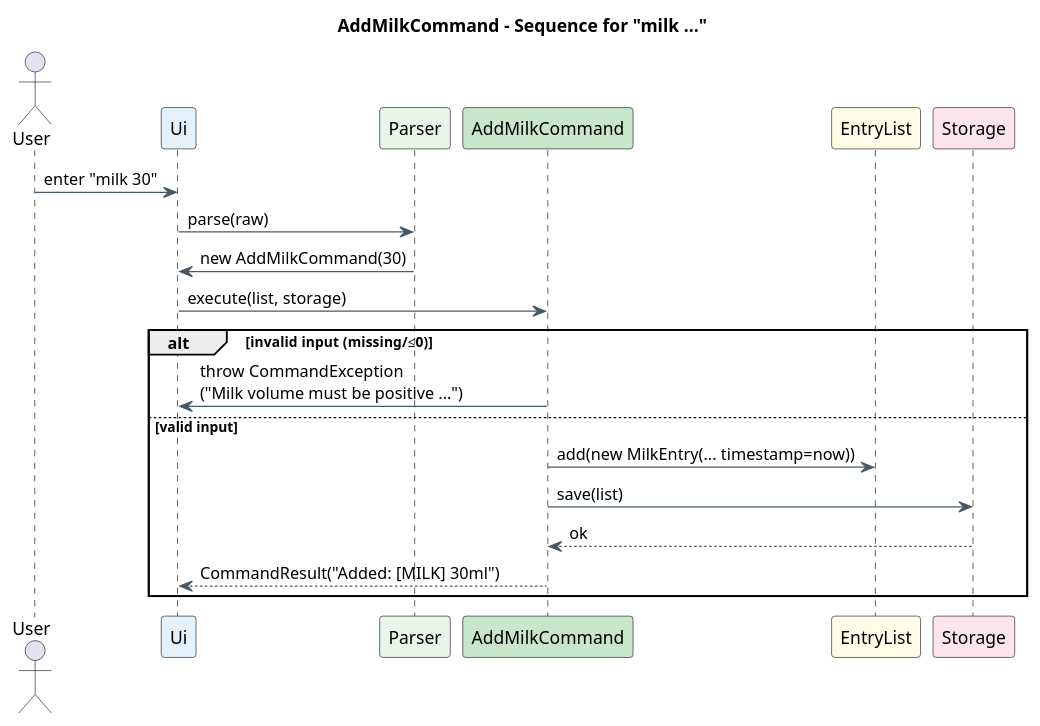
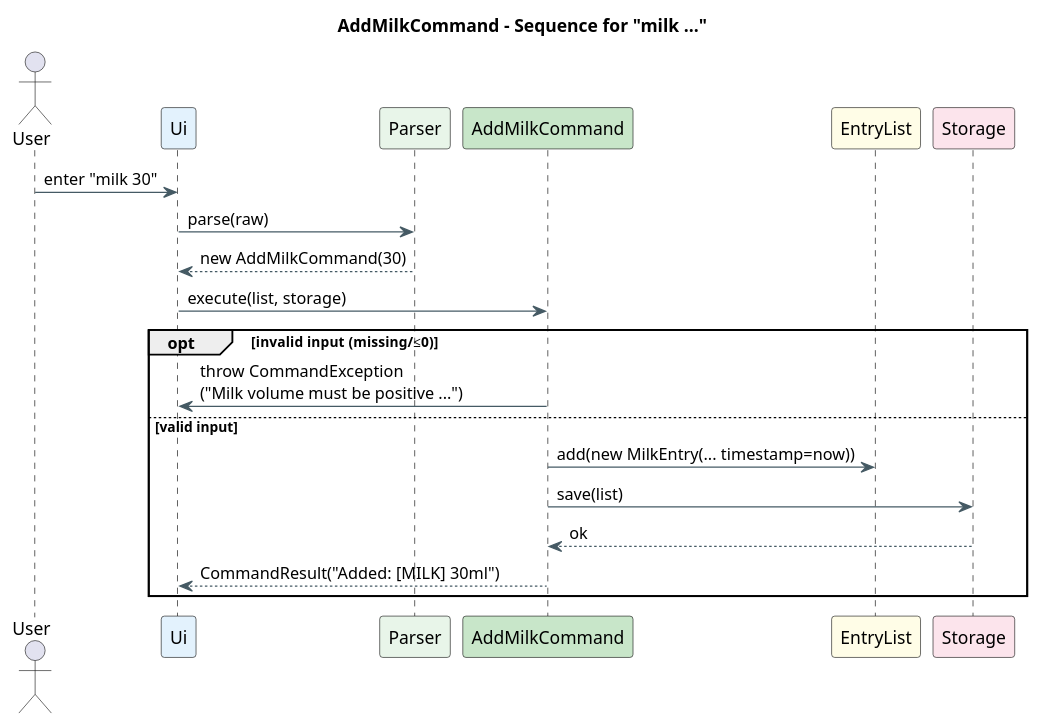
One commit to Ibrashoukry/tp changed the diagram in docs/diagrams/AddMilk_SequenceDiagram.puml. Above: the diagram before and after it, drawn with PlantUML. The commit also changed 3 other files, not shown here.

```diff
--- a/docs/diagrams/AddMilk_SequenceDiagram.puml
+++ b/docs/diagrams/AddMilk_SequenceDiagram.puml
@@ -1,36 +1,36 @@
 @startuml
 ' ===== Sequence: measure waist/70 hips/98 chest/90 thigh/55 arm/30 =====
 title AddMilkCommand - Sequence for "milk ..."
 
 skinparam shadowing false
 skinparam defaultFontName Arial
 skinparam sequence {
   LifeLineBorderColor black
   BoxBorderColor #90A4AE
   BoxBackgroundColor #F5F7FA
   ArrowColor #455A64
   ArrowThickness 1
 }
 
 actor User
 participant Ui           as UI  #E3F2FD
 participant Parser       as PR  #E8F5E9
 participant AddMilkCommand as AMC #C8E6C9
 participant EntryList    as LIST #FFFDE7
 participant Storage      as ST   #FCE4EC
 
-User -> UI : enter "milk 30"
+User -> UI  : enter "milk 30"
 UI -> PR  : parse(raw)
-PR -> UI  : new AddMilkCommand(30)
+PR --> UI  : new AddMilkCommand(30)
 UI -> AMC : execute(list, storage)
 
-alt invalid input (missing/≤0)
+opt invalid input (missing/≤0)
   AMC -> UI : throw CommandException\n("Milk volume must be positive ...")
 else valid input
   AMC -> LIST : add(new MilkEntry(... timestamp=now))
   AMC -> ST   : save(list)
   ST --> AMC  : ok
   AMC --> UI  : CommandResult("Added: [MILK] 30ml")
 end
 
 @enduml
```
